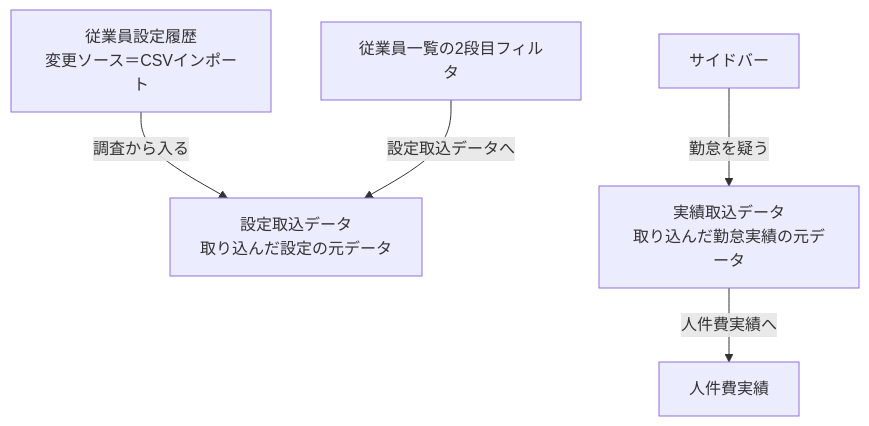
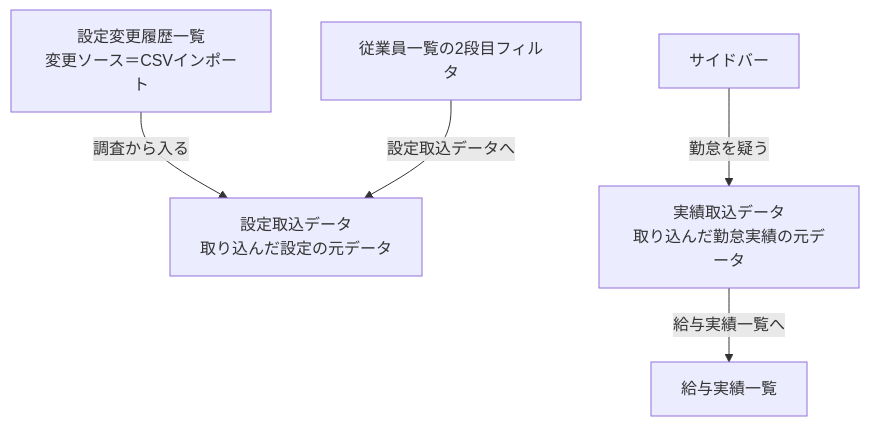
Diagram 11 of 15 in 20260803_01_従業員管理_仕様書_PdM版.md (suguru789987/rakmy-employee-mgmt-spec), drawn with Mermaid before and after one commit. The commit also changed other lines of this file and 18 other files, not shown here.

````diff
--- a/20260803_01_従業員管理_仕様書_PdM版.md
+++ b/20260803_01_従業員管理_仕様書_PdM版.md
@@ -502,7 +502,7 @@
 ```mermaid
 flowchart TB
-  EH["従業員設定履歴<br/>変更ソース＝CSVインポート"] -->|"調査から入る"| SD["設定取込データ<br/>取り込んだ設定の元データ"]
+  EH["設定変更履歴一覧<br/>変更ソース＝CSVインポート"] -->|"調査から入る"| SD["設定取込データ<br/>取り込んだ設定の元データ"]
   EL["従業員一覧の2段目フィルタ"] -->|"設定取込データへ"| SD
   SB["サイドバー"] -->|"勤怠を疑う"| RD["実績取込データ<br/>取り込んだ勤怠実績の元データ"]
-  RD -->|"人件費実績へ"| LC["人件費実績"]
+  RD -->|"給与実績一覧へ"| LC["給与実績一覧"]
 ```
````
